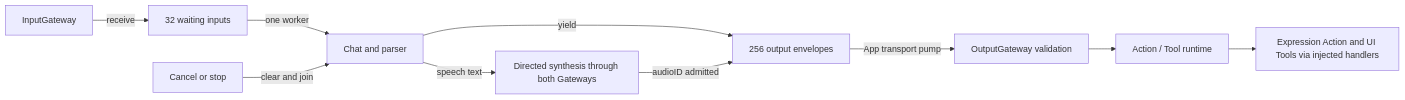
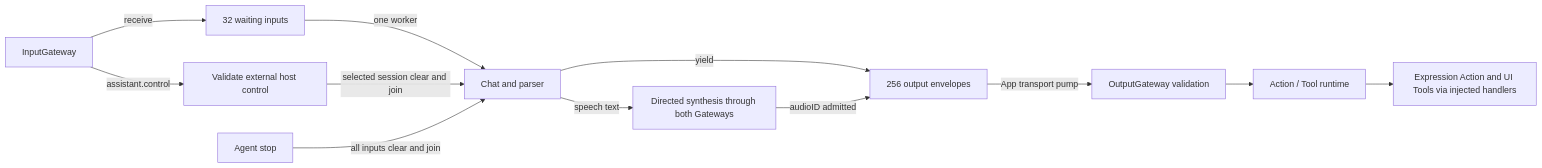
The second of 5 diagrams in MobileHarness/Agents/Assistant/README.md (devilyouwei/MobileHarness), drawn with Mermaid before and after one commit. The commit also changed other lines of this file and 201 other files, not shown here.

````diff
--- a/MobileHarness/Agents/Assistant/README.md
+++ b/MobileHarness/Agents/Assistant/README.md
@@ -57,12 +57,14 @@
 ```mermaid
 flowchart LR
     InputGateway -->|receive| Inbox[32 waiting inputs]
     Inbox -->|one worker| Chat[Chat and parser]
     Chat -->|yield| Out[256 output envelopes]
     Chat -->|speech text| Synth[Directed synthesis through both Gateways]
     Synth -->|audioID admitted| Out
     Out -->|App transport pump| Gateway[OutputGateway validation]
     Gateway --> Runtime[Action / Tool runtime]
     Runtime --> UI[Expression Action and UI Tools via injected handlers]
-    Cancel[Cancel or stop] -->|clear and join| Chat
+    InputGateway -->|assistant.control| Cancel[Validate external host control]
+    Cancel -->|selected session clear and join| Chat
+    Stop[Agent stop] -->|all inputs clear and join| Chat
 ```
````
